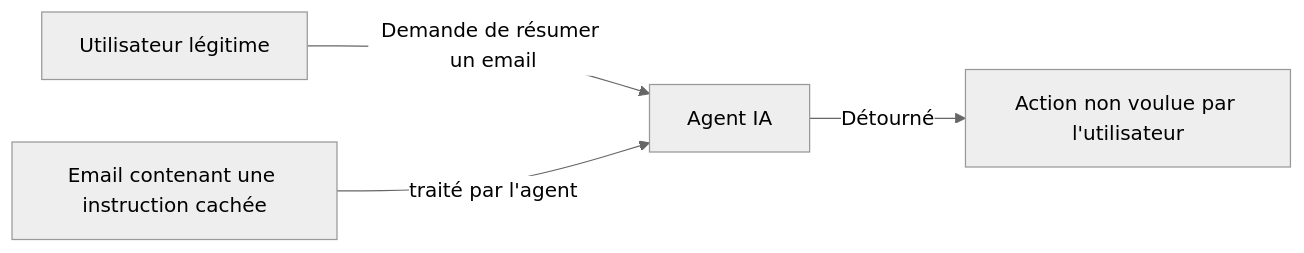
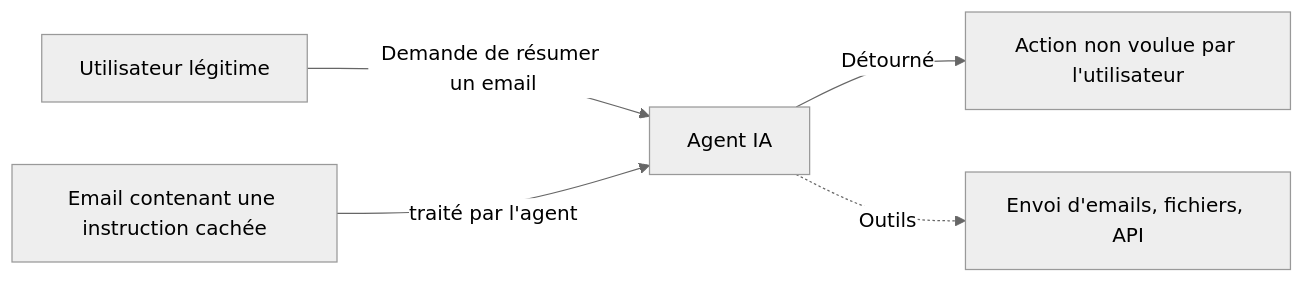
Before and after one commit to AureDulvresse/nyx: the diagram in content/courses/ia-cybersecurity/06-ia-offensive-risques.md, drawn with Mermaid (neutral theme). The commit also changed other lines of this file and 167 other files, not shown here.

````diff
--- a/content/courses/ia-cybersecurity/06-ia-offensive-risques.md
+++ b/content/courses/ia-cybersecurity/06-ia-offensive-risques.md
@@ -25,6 +58,7 @@
 ```mermaid
 graph LR
-    A[Utilisateur légitime] -->|Demande de résumer un email| B[Agent IA]
-    C[Email contenant une instruction cachée] -->|traité par l'agent| B
-    B -->|Détourné| D[Action non voulue par l'utilisateur]
+    A["Utilisateur légitime"] -->|"Demande de résumer un email"| B["Agent IA"]
+    C["Email contenant une instruction cachée"] -->|"traité par l'agent"| B
+    B -->|"Détourné"| D["Action non voulue par l'utilisateur"]
+    B -.->|"Outils"| E["Envoi d'emails, fichiers, API"]
 ```
````
